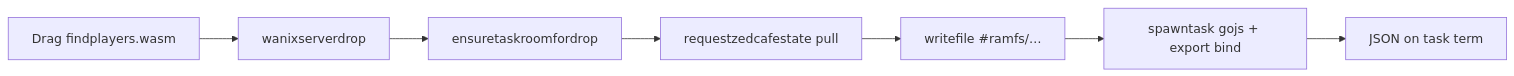
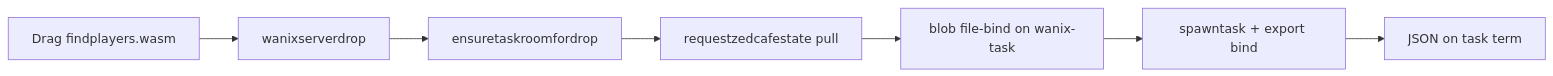
One commit to goldbuick/zed-software-system changed the fifth of 9 diagrams in zss/feature/wanix/README.md. Above: the diagram before and after it, drawn with Mermaid. The commit also changed other lines of this file and 29 other files, not shown here.

````diff
--- a/zss/feature/wanix/README.md
+++ b/zss/feature/wanix/README.md
@@ -293,17 +293,17 @@
 ```mermaid
 flowchart LR
   Drop["Drag findplayers.wasm"]
   Server["wanixserverdrop"]
   Remount["ensuretaskroomfordrop"]
   Pull["requestzedcafestate pull"]
-  Stage["writefile #ramfs/…"]
-  Spawn["spawntask gojs + export bind"]
+  Stage["blob file-bind on wanix-task"]
+  Spawn["spawntask + export bind"]
   Out["JSON on task term"]
 
   Drop --> Server
   Server --> Remount
   Remount --> Pull
   Pull --> Stage
   Stage --> Spawn
   Spawn --> Out
 ```
````
